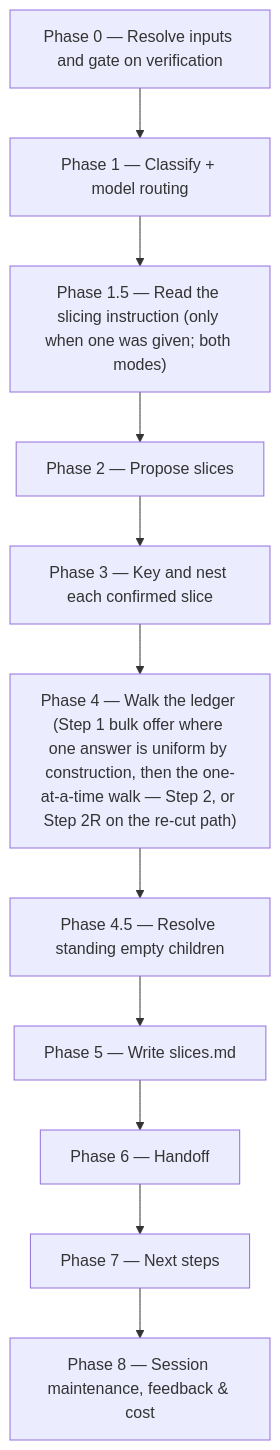
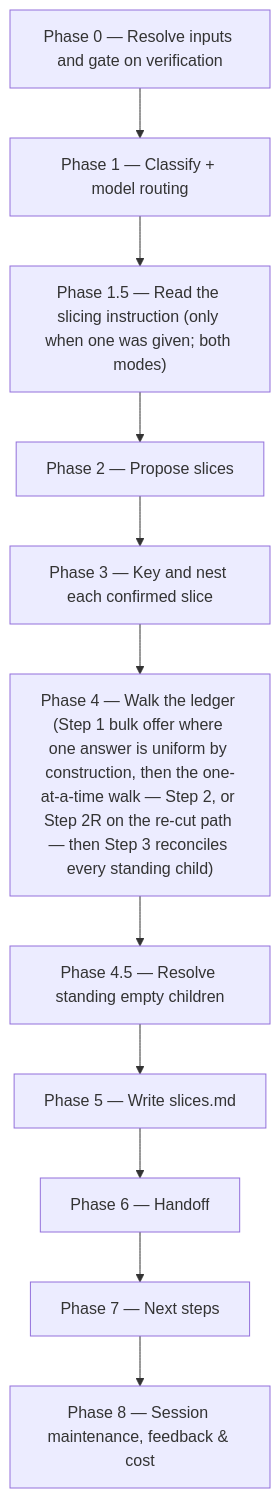
The diagram in plugins/product-workflows/docs/commands/brd-split.md (ihudak/ihudak-claude-plugins), drawn with Mermaid before and after one commit. The commit also changed other lines of this file and 10 other files, not shown here.

````diff
--- a/plugins/product-workflows/docs/commands/brd-split.md
+++ b/plugins/product-workflows/docs/commands/brd-split.md
@@ -194,13 +194,13 @@
 ```mermaid
 flowchart TD
     p0["Phase 0 — Resolve inputs and gate on verification"] --> p1["Phase 1 — Classify + model routing"]
     p1 --> p15["Phase 1.5 — Read the slicing instruction (only when one was given; both modes)"]
     p15 --> p2["Phase 2 — Propose slices"]
     p2 --> p3["Phase 3 — Key and nest each confirmed slice"]
-    p3 --> p4["Phase 4 — Walk the ledger (Step 1 bulk offer where one answer is uniform by construction, then the one-at-a-time walk — Step 2, or Step 2R on the re-cut path)"]
+    p3 --> p4["Phase 4 — Walk the ledger (Step 1 bulk offer where one answer is uniform by construction, then the one-at-a-time walk — Step 2, or Step 2R on the re-cut path — then Step 3 reconciles every standing child)"]
     p4 --> p45["Phase 4.5 — Resolve standing empty children"]
     p45 --> p5["Phase 5 — Write slices.md"]
     p5 --> p6["Phase 6 — Handoff"]
     p6 --> p7["Phase 7 — Next steps"]
     p7 --> p8["Phase 8 — Session maintenance, feedback & cost"]
 ```
````
